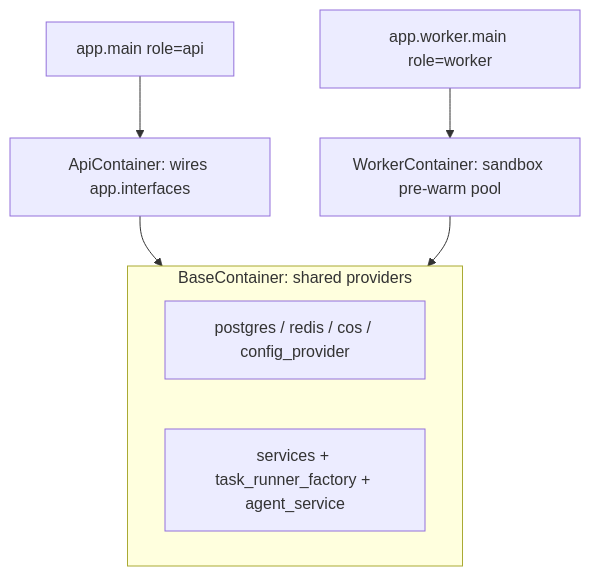
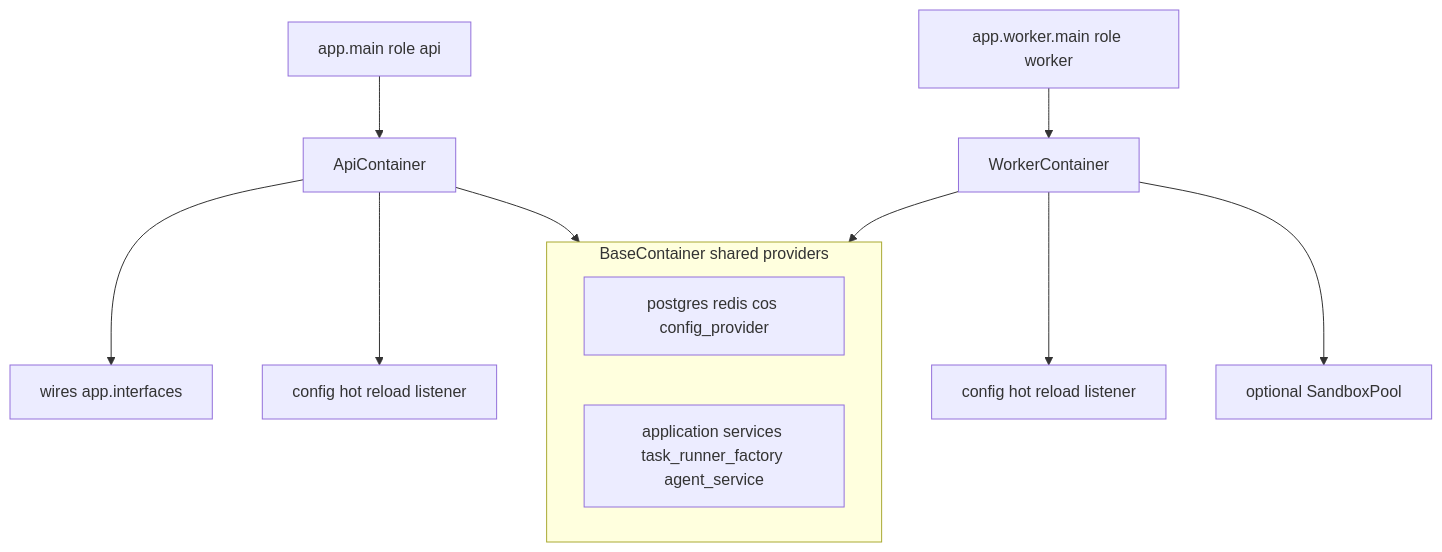
One commit to OceaLong/opencitadel changed the sixth of 6 diagrams in docs/architecture.md. Above: the diagram before and after it, drawn with Mermaid. The commit also changed other lines of this file and 23 other files, not shown here.

````diff
--- a/docs/architecture.md
+++ b/docs/architecture.md
@@ -77,11 +141,15 @@
 ```mermaid
 flowchart TB
-  subgraph base [BaseContainer: shared providers]
-    infra["postgres / redis / cos / config_provider"]
-    svcs["services + task_runner_factory + agent_service"]
+  subgraph baseContainer ["BaseContainer shared providers"]
+    Infra["postgres redis cos config_provider"]
+    Services["application services task_runner_factory agent_service"]
   end
-  ApiContainer["ApiContainer: wires app.interfaces"] --> base
-  WorkerContainer["WorkerContainer: sandbox pre-warm pool"] --> base
-  apiEntry["app.main role=api"] --> ApiContainer
-  workerEntry["app.worker.main role=worker"] --> WorkerContainer
+  ApiEntry["app.main role api"] --> ApiContainer["ApiContainer"]
+  WorkerEntry["app.worker.main role worker"] --> WorkerContainer["WorkerContainer"]
+  ApiContainer --> baseContainer
+  WorkerContainer --> baseContainer
+  ApiContainer --> InterfaceWiring["wires app.interfaces"]
+  ApiContainer --> ApiConfigListener["config hot reload listener"]
+  WorkerContainer --> WorkerConfigListener["config hot reload listener"]
+  WorkerContainer --> SandboxPool["optional SandboxPool"]
 ```
````
